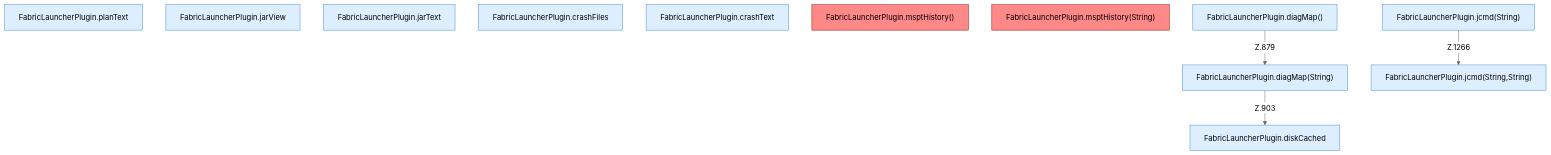
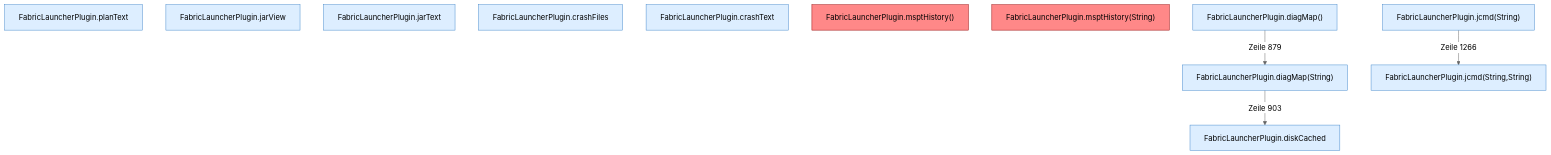
The diagram in Diagnose.md (PrinceDiamant/minecraft-serverhoster-plugin), drawn with Mermaid (neutral theme) before and after one commit. The commit also changed other lines of this file and 2005 other files, not shown here.

````diff
--- a/Diagnose.md
+++ b/Diagnose.md
@@ -5,22 +5,22 @@
 ```mermaid
 flowchart TD
   n1["FabricLauncherPlugin.planText"]:::internal-link
   n2["FabricLauncherPlugin.jarView"]:::internal-link
   n3["FabricLauncherPlugin.jarText"]:::internal-link
   n4["FabricLauncherPlugin.crashFiles"]:::internal-link
   n5["FabricLauncherPlugin.crashText"]:::internal-link
   n6["FabricLauncherPlugin.msptHistory()"]:::internal-link
   n7["FabricLauncherPlugin.msptHistory(String)"]:::internal-link
   n8["FabricLauncherPlugin.diskCached"]:::internal-link
   n9["FabricLauncherPlugin.diagMap()"]:::internal-link
   n10["FabricLauncherPlugin.diagMap(String)"]:::internal-link
   n11["FabricLauncherPlugin.jcmd(String)"]:::internal-link
   n12["FabricLauncherPlugin.jcmd(String,String)"]:::internal-link
-  n9 -->|"Z.879"| n10
-  n10 -->|"Z.903"| n8
-  n11 -->|"Z.1266"| n12
+  n9 -->|"Zeile 879"| n10
+  n10 -->|"Zeile 903"| n8
+  n11 -->|"Zeile 1266"| n12
   classDef internal-link fill:#ddeeff,stroke:#4488cc
   classDef befund fill:#f88
   style n6 fill:#f88,stroke:#900
   style n7 fill:#f88,stroke:#900
 ```
````
